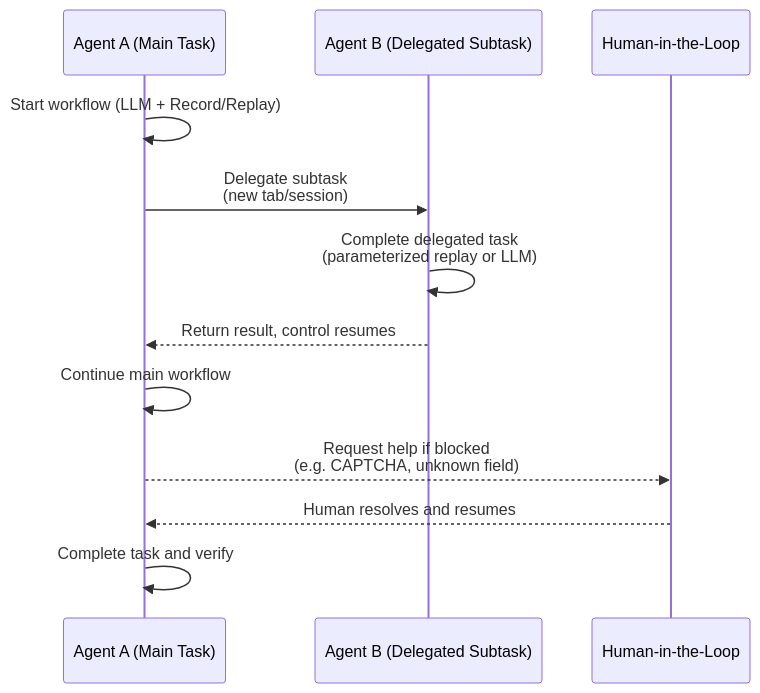
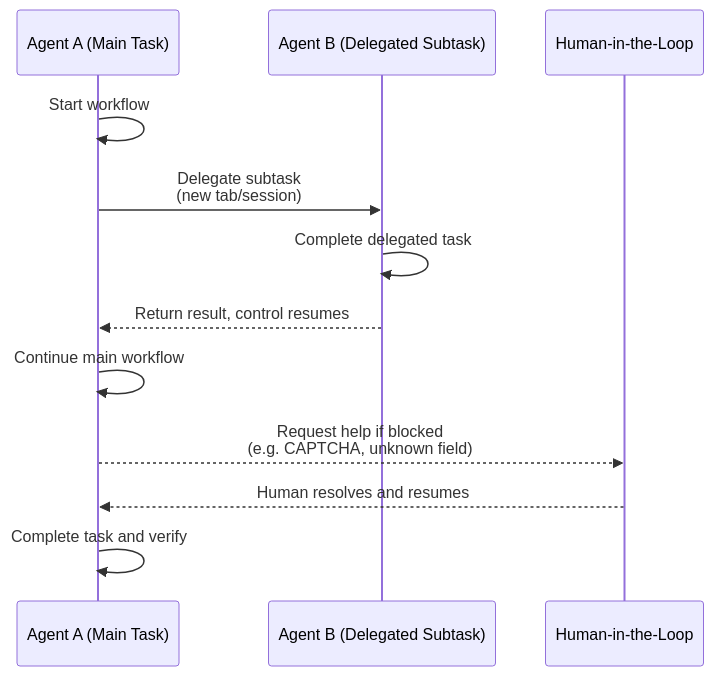
One commit to surfari-ai/surfari changed the diagram in README.md. Above: the diagram before and after it, drawn with Mermaid.

Commit message:
Minor tweaks to the README.md

````diff
--- a/README.md
+++ b/README.md
@@ -22,16 +22,16 @@
   ```mermaid
   sequenceDiagram
       participant A as Agent A (Main Task)
       participant B as Agent B (Delegated Subtask)
       participant H as Human-in-the-Loop
 
-      A->>A: Start workflow (LLM + Record/Replay)
+      A->>A: Start workflow
       A->>B: Delegate subtask<br/>(new tab/session)
-      B->>B: Complete delegated task<br/>(parameterized replay or LLM)
+      B->>B: Complete delegated task
       B-->>A: Return result, control resumes
 
       A->>A: Continue main workflow
       A-->>H: Request help if blocked<br/>(e.g. CAPTCHA, unknown field)
       H-->>A: Human resolves and resumes
       A->>A: Complete task and verify
   ```
````
